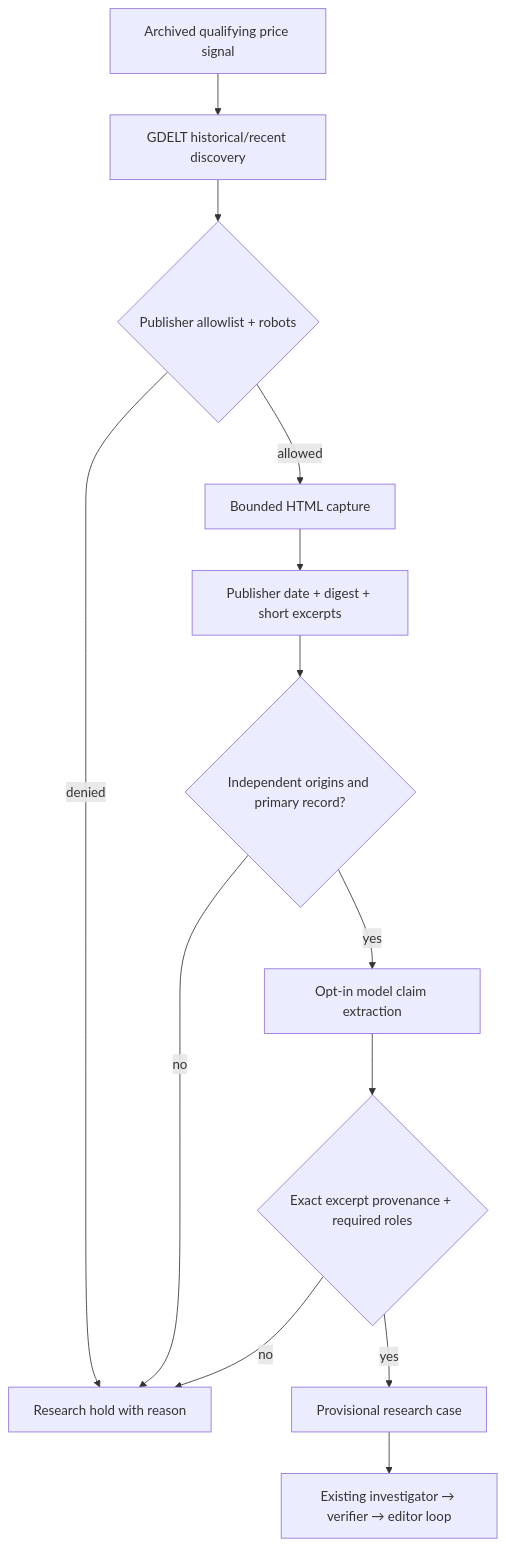
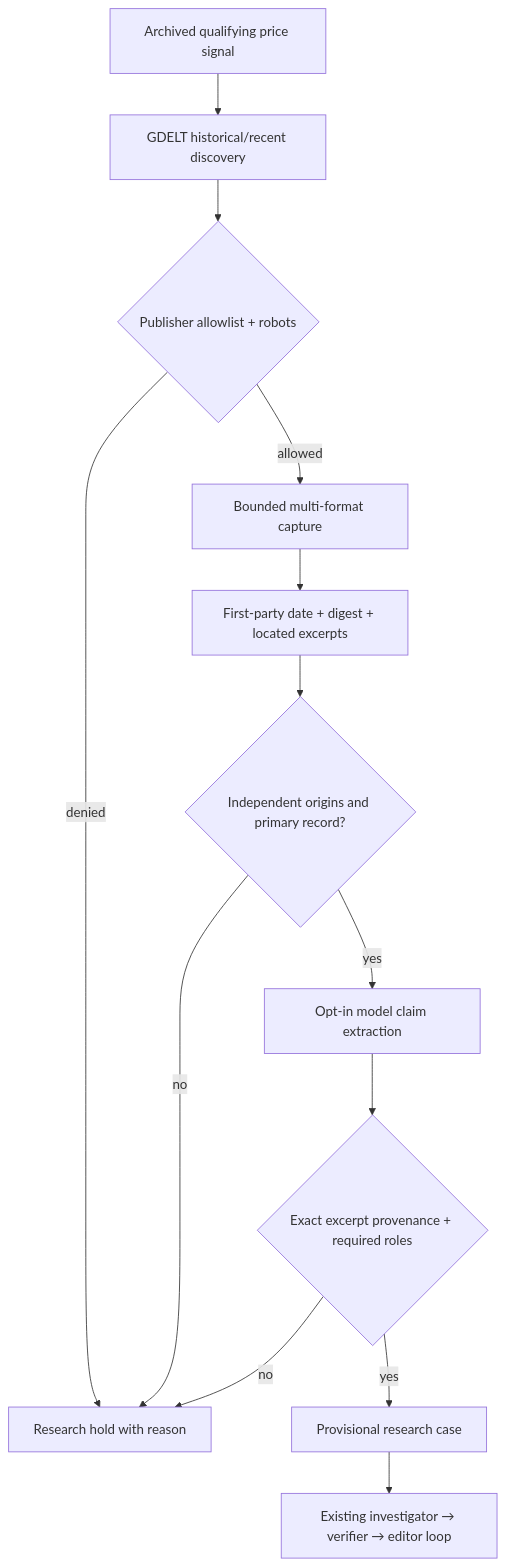
One commit to nolandrw/marketsignal changed the diagram in docs/source-capture-v1.md. Above: the diagram before and after it, drawn with Mermaid. The commit also changed other lines of this file and 16 other files, not shown here.

````diff
--- a/docs/source-capture-v1.md
+++ b/docs/source-capture-v1.md
@@ -16,15 +16,15 @@
 ```mermaid
 flowchart TD
   A["Archived qualifying price signal"] --> B["GDELT historical/recent discovery"]
   B --> C{"Publisher allowlist + robots"}
   C -- denied --> H["Research hold with reason"]
-  C -- allowed --> D["Bounded HTML capture"]
-  D --> E["Publisher date + digest + short excerpts"]
+  C -- allowed --> D["Bounded multi-format capture"]
+  D --> E["First-party date + digest + located excerpts"]
   E --> F{"Independent origins and primary record?"}
   F -- no --> H
   F -- yes --> G["Opt-in model claim extraction"]
   G --> I{"Exact excerpt provenance + required roles"}
   I -- no --> H
   I -- yes --> J["Provisional research case"]
   J --> K["Existing investigator → verifier → editor loop"]
 ```
````
